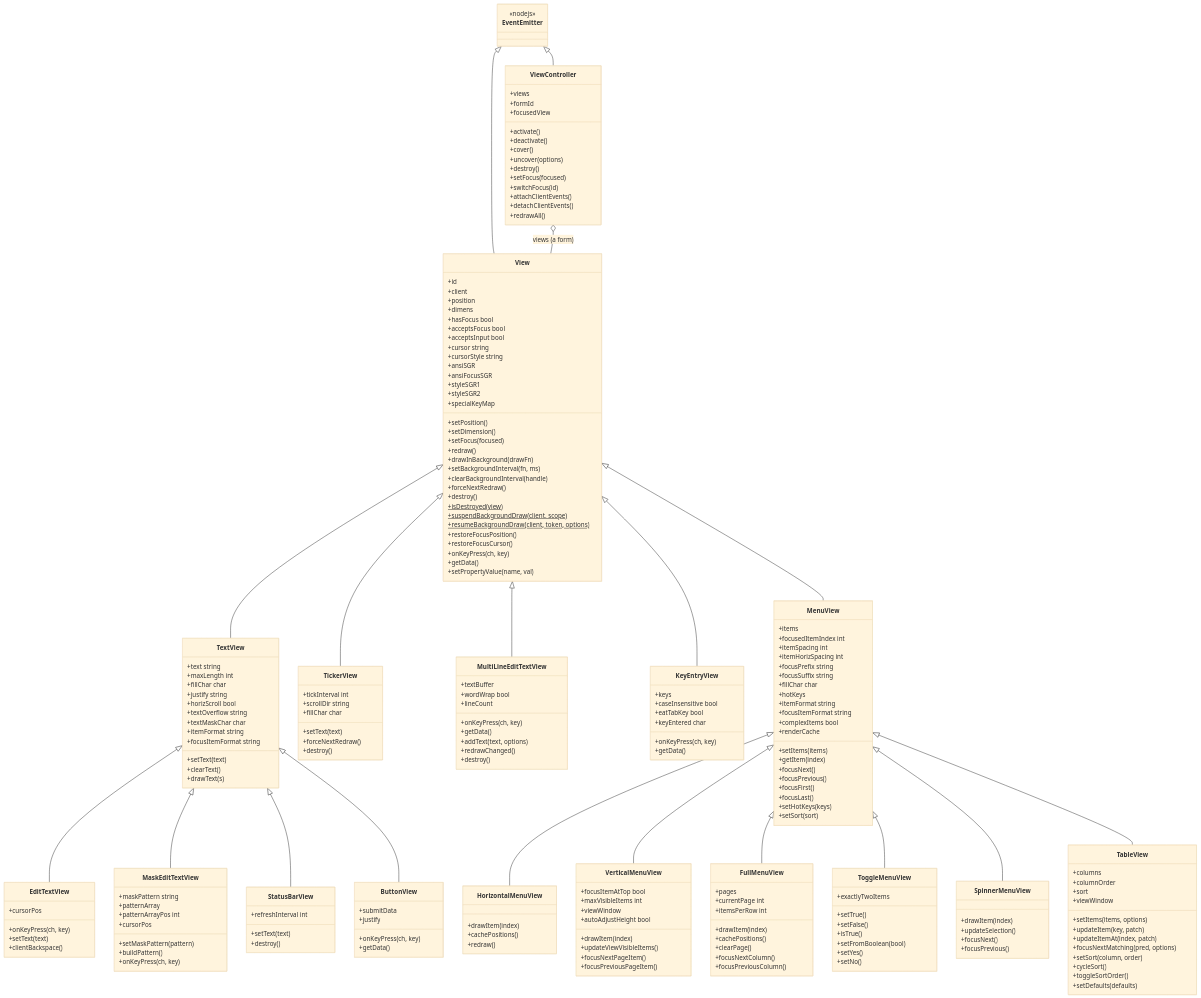
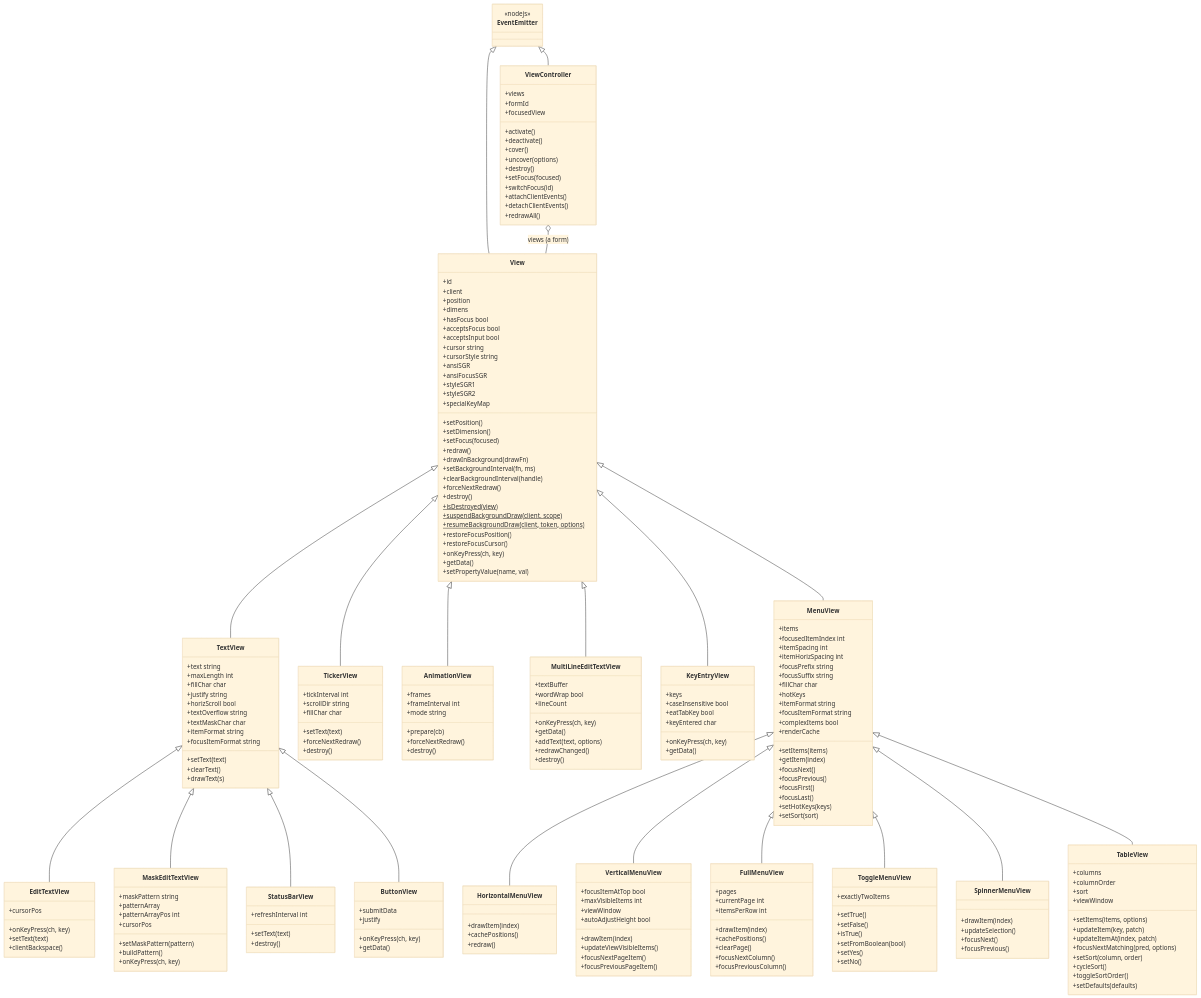
Before and after one commit to NuSkooler/enigma-bbs: the first of 2 diagrams in website/src/content/docs/art/views/views.md, drawn with Mermaid (base theme). The commit also changed other lines of this file and 18 other files, not shown here.

First line of the commit message:
feat(views): %AV animation view (#1157)

```diff
--- a/website/src/content/docs/art/views/views.md
+++ b/website/src/content/docs/art/views/views.md
@@ -211,6 +212,15 @@
     class StatusBarView {
         +refreshInterval int
         +setText(text)
+        +destroy()
+    }
+
+    class AnimationView {
+        +frames
+        +frameInterval int
+        +mode string
+        +prepare(cb)
+        +forceNextRedraw()
         +destroy()
     }
 
@@ -362,6 +372,7 @@
     ViewController o-- View : views (a form)
     View <|-- TextView
     View <|-- TickerView
+    View <|-- AnimationView
     View <|-- MenuView
     View <|-- MultiLineEditTextView
     View <|-- KeyEntryView
```
